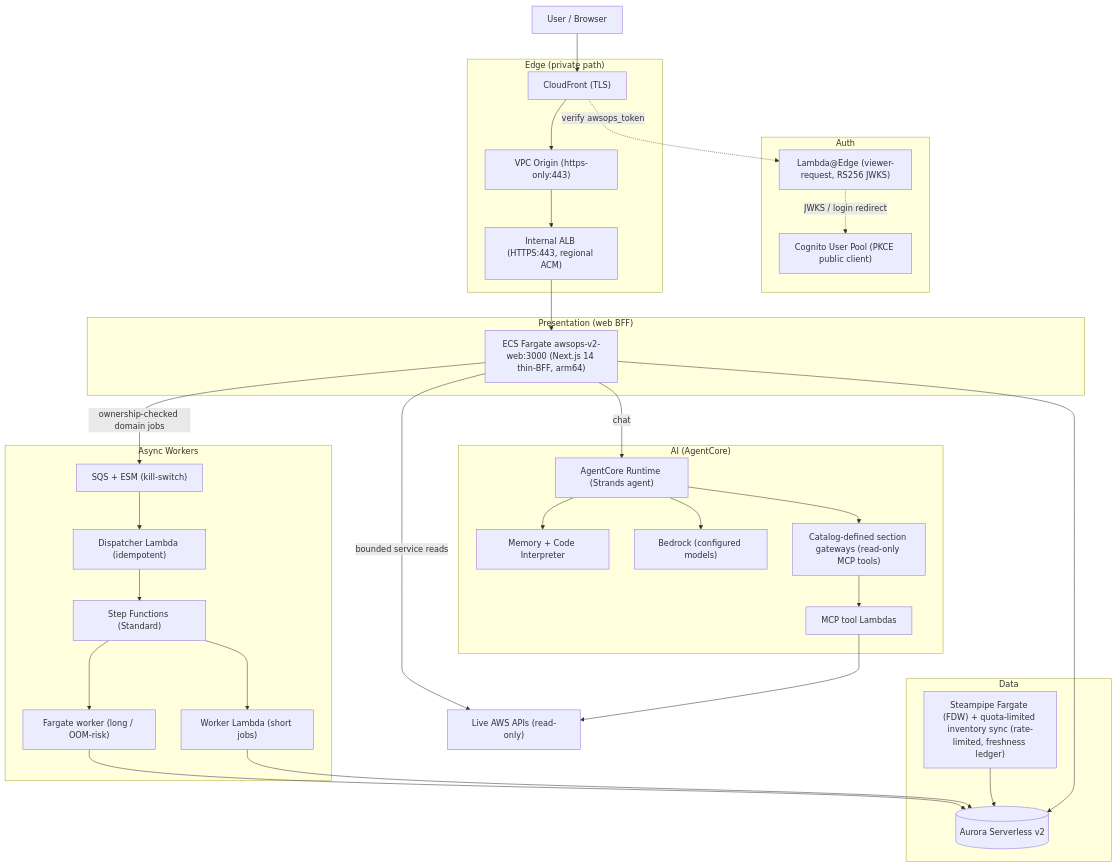
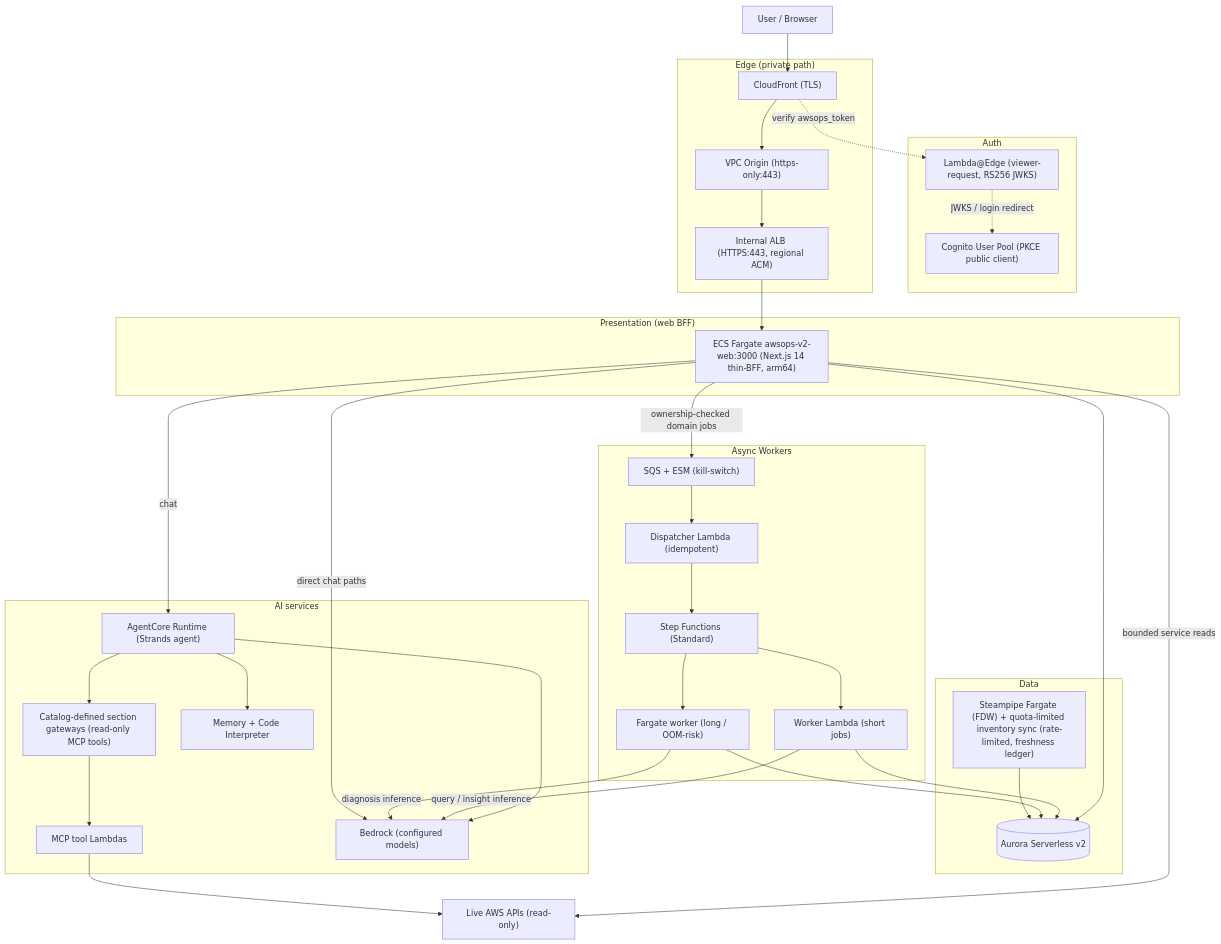
Before and after one commit to Atom-oh/awsops: the first of 2 diagrams in docs/architecture.md, drawn with Mermaid. The commit also changed 5 other files, not shown here.

````diff
--- a/docs/architecture.md
+++ b/docs/architecture.md
@@ -22,65 +22,68 @@
 ```mermaid
 flowchart TB
   U["User / Browser"]
 
   subgraph AUTH["Auth"]
     LE["Lambda@Edge (viewer-request, RS256 JWKS)"]
     COG["Cognito User Pool (PKCE public client)"]
   end
 
   subgraph EDGE["Edge (private path)"]
     CF["CloudFront (TLS)"]
     VO["VPC Origin (https-only:443)"]
     ALB["Internal ALB (HTTPS:443, regional ACM)"]
   end
 
   subgraph WEB["Presentation (web BFF)"]
     W["ECS Fargate awsops-v2-web:3000 (Next.js 14 thin-BFF, arm64)"]
   end
 
   subgraph DATA["Data"]
     AUR[("Aurora Serverless v2")]
     SP["Steampipe Fargate (FDW) + quota-limited inventory sync (rate-limited, freshness ledger)"]
   end
 
-  subgraph AI["AI (AgentCore)"]
+  subgraph AI["AI services"]
     RT["AgentCore Runtime (Strands agent)"]
     GW["Catalog-defined section gateways (read-only MCP tools)"]
     MCP["MCP tool Lambdas"]
     MEM["Memory + Code Interpreter"]
     BR["Bedrock (configured models)"]
   end
 
   subgraph WK["Async Workers"]
     SQS["SQS + ESM (kill-switch)"]
     DSP["Dispatcher Lambda (idempotent)"]
     SFN["Step Functions (Standard)"]
     WL["Worker Lambda (short jobs)"]
     WF["Fargate worker (long / OOM-risk)"]
   end
 
   AWSAPI["Live AWS APIs (read-only)"]
 
   U --> CF
   CF -. "verify awsops_token" .-> LE
   LE -. "JWKS / login redirect" .-> COG
   CF --> VO
   VO --> ALB
   ALB --> W
   W --> AUR
   W -->|"chat"| RT
   W -->|"bounded service reads"| AWSAPI
   RT --> GW
   GW --> MCP
   MCP --> AWSAPI
   RT --> BR
   RT --> MEM
   W -->|"ownership-checked domain jobs"| SQS
   SQS --> DSP
   DSP --> SFN
   SFN --> WL
   SFN --> WF
   WL --> AUR
   WF --> AUR
+  WL -->|"query / insight inference"| BR
+  WF -->|"diagnosis inference"| BR
+  W -->|"direct chat paths"| BR
   SP --> AUR
 ```
````
